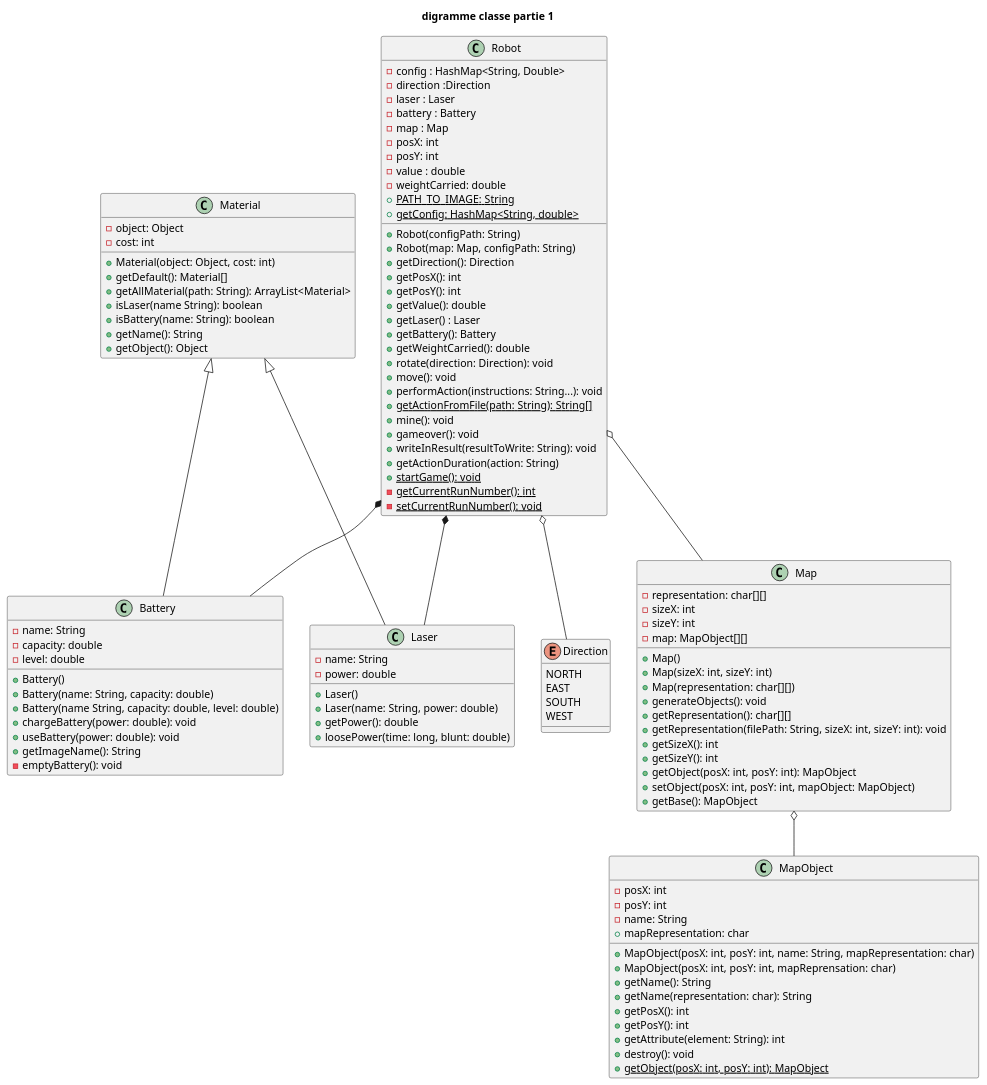
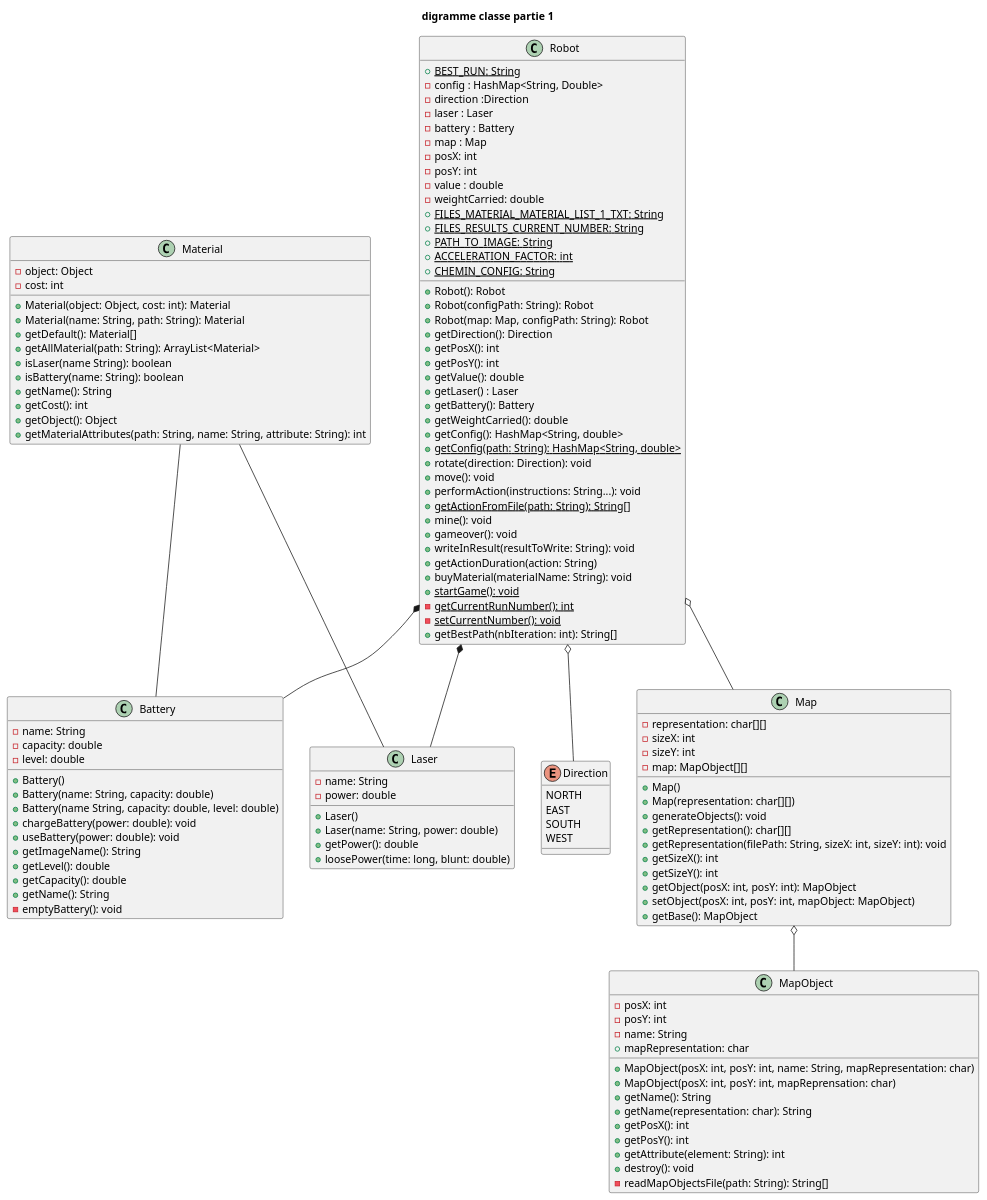
One commit to AlphaBooy/Mars-Robot changed the first of 9 diagrams in files/uml/uml.wsd. Above: the diagram before and after it, drawn with PlantUML. The commit also changed other lines of this file and 17 other files, not shown here.

Commit message:
♻️ update diagrammes and add compteRendu

```diff
--- a/files/uml/uml.wsd
+++ b/files/uml/uml.wsd
@@ -11,119 +11,133 @@
-@startuml test 
+@startuml diagrammeClassePart1 
 title digramme classe partie 1
 class Robot {
+    {static}+ BEST_RUN: String
     -config : HashMap<String, Double>
     -direction :Direction
     -laser : Laser
     -battery : Battery
     -map : Map
     -posX: int
     -posY: int
     -value : double
     -weightCarried: double
+    {static}+ FILES_MATERIAL_MATERIAL_LIST_1_TXT: String
+    {static}+ FILES_RESULTS_CURRENT_NUMBER: String
     {static} +PATH_TO_IMAGE: String
-    +Robot(configPath: String)
-    +Robot(map: Map, configPath: String)
+    {static} + ACCELERATION_FACTOR: int
+    {static} + CHEMIN_CONFIG: String
+    +Robot(): Robot
+    +Robot(configPath: String): Robot
+    +Robot(map: Map, configPath: String): Robot
     +getDirection(): Direction
     +getPosX(): int
     +getPosY(): int
     +getValue(): double
     +getLaser() : Laser
     +getBattery(): Battery
     +getWeightCarried(): double
-    +{static} getConfig: HashMap<String, double>
+    + getConfig(): HashMap<String, double>
+    +{static} getConfig(path: String): HashMap<String, double>
     +rotate(direction: Direction): void
     +move(): void
     +performAction(instructions: String...): void
     +{static} getActionFromFile(path: String): String[]
     +mine(): void
     +gameover(): void
     +writeInResult(resultToWrite: String): void
     +getActionDuration(action: String)
+    +buyMaterial(materialName: String): void
     +{static} startGame(): void
     -{static} getCurrentRunNumber(): int
-    -{static} setCurrentRunNumber(): void
+    -{static} setCurrentNumber(): void
+    +getBestPath(nbIteration: int): String[]
 }
 
 class Material {
     -object: Object
     -cost: int
-    +Material(object: Object, cost: int)
+    +Material(object: Object, cost: int): Material
+    +Material(name: String, path: String): Material
     +getDefault(): Material[]
     +getAllMaterial(path: String): ArrayList<Material>
     +isLaser(name String): boolean
     +isBattery(name: String): boolean
     +getName(): String
+    +getCost(): int
     +getObject(): Object
+    +getMaterialAttributes(path: String, name: String, attribute: String): int
 }
 
 class Battery {
     -name: String
     -capacity: double
     -level: double
     +Battery()
     +Battery(name: String, capacity: double)
     +Battery(name String, capacity: double, level: double)
     +chargeBattery(power: double): void
     +useBattery(power: double): void
     +getImageName(): String
+    +getLevel(): double
+    +getCapacity(): double
+    +getName(): String
     -emptyBattery(): void
 
 }
 enum Direction {
     NORTH
     EAST
     SOUTH
     WEST
 }
 
 class Laser {
     -name: String
     -power: double
     +Laser()
     +Laser(name: String, power: double)
     +getPower(): double
     +loosePower(time: long, blunt: double)
 }
 
 class Map {
     -representation: char[][]
     -sizeX: int
     -sizeY: int
     -map: MapObject[][]
     +Map()
-    +Map(sizeX: int, sizeY: int)
     +Map(representation: char[][])
     +generateObjects(): void
     +getRepresentation(): char[][]
     +getRepresentation(filePath: String, sizeX: int, sizeY: int): void
     +getSizeX(): int
     +getSizeY(): int
     +getObject(posX: int, posY: int): MapObject
     +setObject(posX: int, posY: int, mapObject: MapObject)
     +getBase(): MapObject
 }
 
 class MapObject {
     -posX: int
     -posY: int
     -name: String
     +mapRepresentation: char
     +MapObject(posX: int, posY: int, name: String, mapRepresentation: char)
     +MapObject(posX: int, posY: int, mapReprensation: char)
     +getName(): String
     +getName(representation: char): String
     +getPosX(): int
     +getPosY(): int
     +getAttribute(element: String): int
     +destroy(): void
-    {static}+ getObject(posX: int, posY: int): MapObject
+    -readMapObjectsFile(path: String): String[]
 }
 
 Robot *-- Battery
 Robot *-- Laser
 Robot o-- Map
 Map o-- MapObject
-Material <|-- Laser
-Material <|-- Battery
+Material -- Laser
+Material -- Battery
 Robot o-- Direction
 @enduml
```
